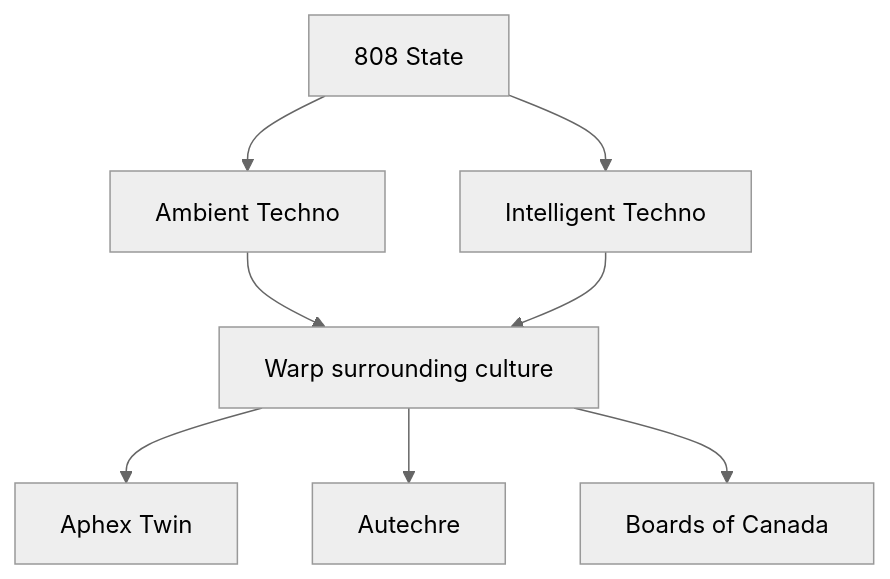
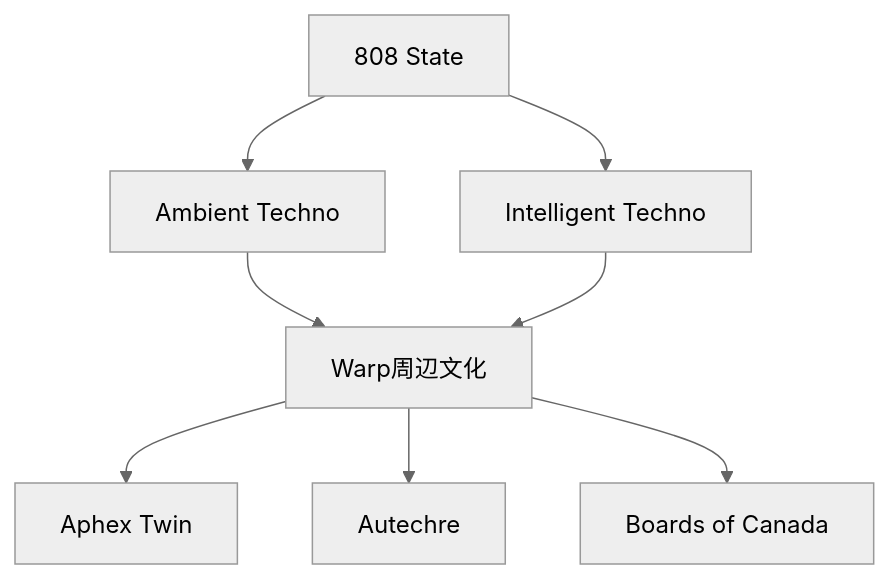
One commit to monumental-movement/monumental-movement.github.io changed the sixth of 17 diagrams in en/_posts/2026-05-24-column-808-state.md. Above: the diagram before and after it, drawn with Mermaid (neutral theme). The commit also changed other lines of this file and 2196 other files, not shown here.

```diff
--- a/en/_posts/2026-05-24-column-808-state.md
+++ b/en/_posts/2026-05-24-column-808-state.md
@@ -238,10 +237,10 @@
 <div class="mermaid">
 flowchart TD
 A[808 State] --> B[Ambient Techno]
 A --> C[Intelligent Techno]
-B --> D[Warp surrounding culture]
+B --> D[Warp周辺文化]
 C --> D
 D --> E[Aphex Twin]
 D --> F[Autechre]
 D --> G[Boards of Canada]
 </div>
```
